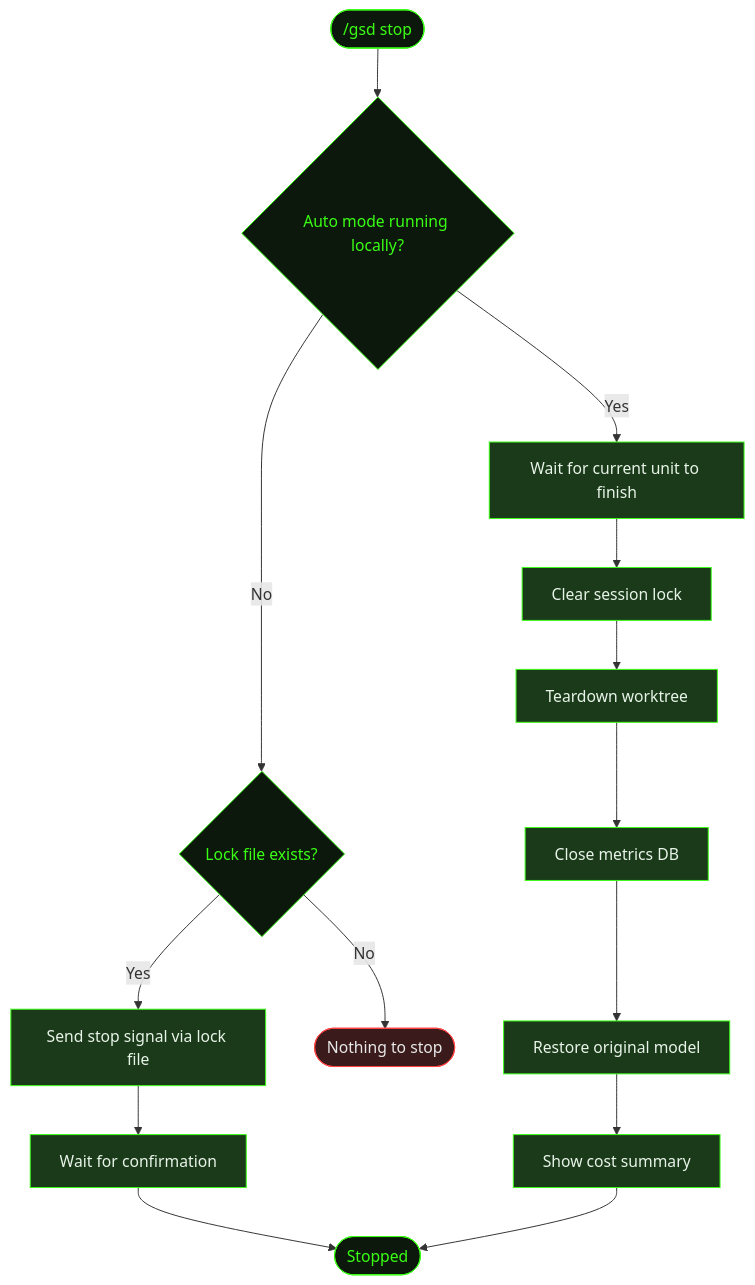
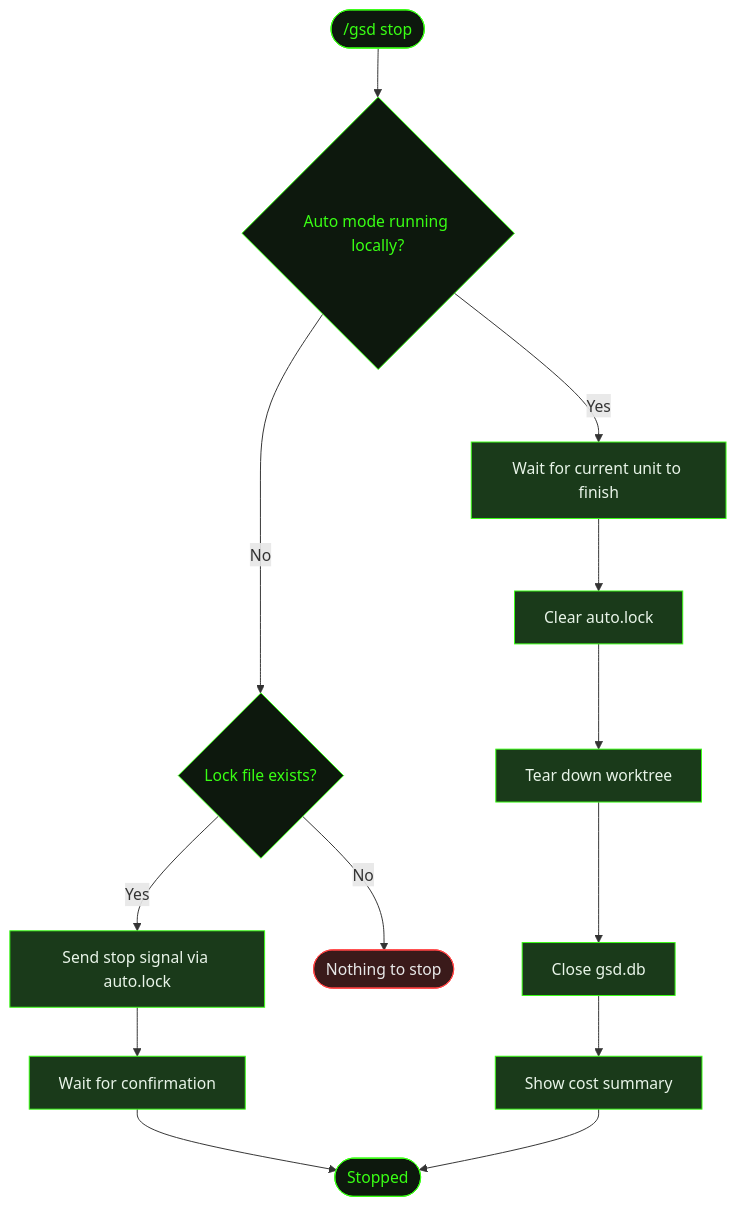
Before and after one commit to shusha-group/gsd2-guide: the diagram in src/content/docs/commands/stop.mdx, drawn with Mermaid. The commit also changed other lines of this file and 49 other files, not shown here.

````diff
--- a/src/content/docs/commands/stop.mdx
+++ b/src/content/docs/commands/stop.mdx
@@ -25,30 +25,28 @@
 ```mermaid
 flowchart TD
     Stop(["/gsd stop"]) --> Running{Auto mode running locally?}
     Running -->|Yes| Finish[Wait for current unit to finish]
     Running -->|No| Remote{Lock file exists?}
-    Remote -->|Yes| Signal[Send stop signal via lock file]
+    Remote -->|Yes| Signal[Send stop signal via auto.lock]
     Remote -->|No| NoOp([Nothing to stop])
     Signal --> Wait[Wait for confirmation]
     Wait --> Done
-    Finish --> Clear[Clear session lock]
-    Clear --> Teardown[Teardown worktree]
-    Teardown --> CloseDB[Close metrics DB]
-    CloseDB --> Restore[Restore original model]
-    Restore --> Summary[Show cost summary]
+    Finish --> Clear[Clear auto.lock]
+    Clear --> Teardown[Tear down worktree]
+    Teardown --> CloseDB[Close gsd.db]
+    CloseDB --> Summary[Show cost summary]
     Summary --> Done([Stopped])
 
     style Stop fill:#0d180d,stroke:#39ff14,color:#39ff14
     style Running fill:#0d180d,stroke:#39ff14,color:#39ff14
     style Remote fill:#0d180d,stroke:#39ff14,color:#39ff14
     style NoOp fill:#3a1a1a,stroke:#ff4444,color:#e8e8e8
     style Finish fill:#1a3a1a,stroke:#39ff14,color:#e8f4e8
     style Signal fill:#1a3a1a,stroke:#39ff14,color:#e8f4e8
     style Wait fill:#1a3a1a,stroke:#39ff14,color:#e8f4e8
     style Clear fill:#1a3a1a,stroke:#39ff14,color:#e8f4e8
     style Teardown fill:#1a3a1a,stroke:#39ff14,color:#e8f4e8
     style CloseDB fill:#1a3a1a,stroke:#39ff14,color:#e8f4e8
-    style Restore fill:#1a3a1a,stroke:#39ff14,color:#e8f4e8
     style Summary fill:#1a3a1a,stroke:#39ff14,color:#e8f4e8
     style Done fill:#0d180d,stroke:#39ff14,color:#39ff14
 ```
````
